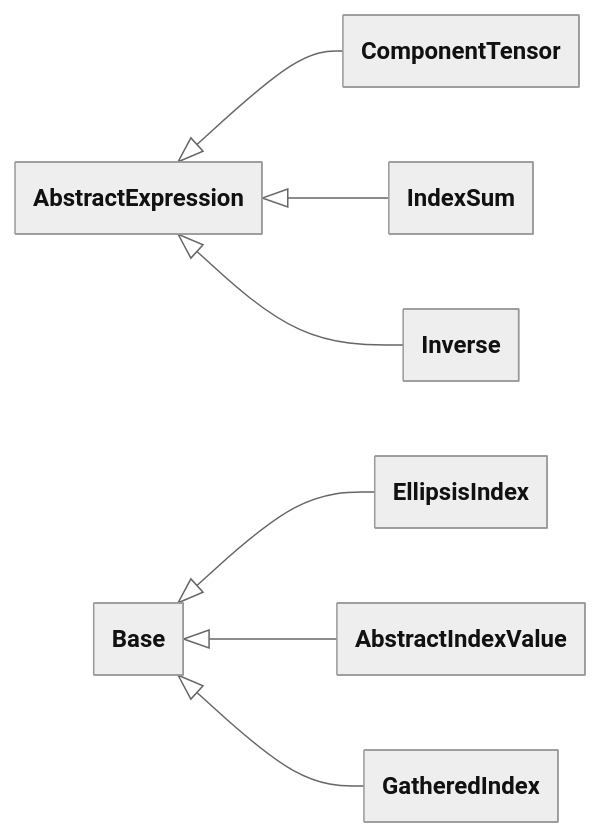
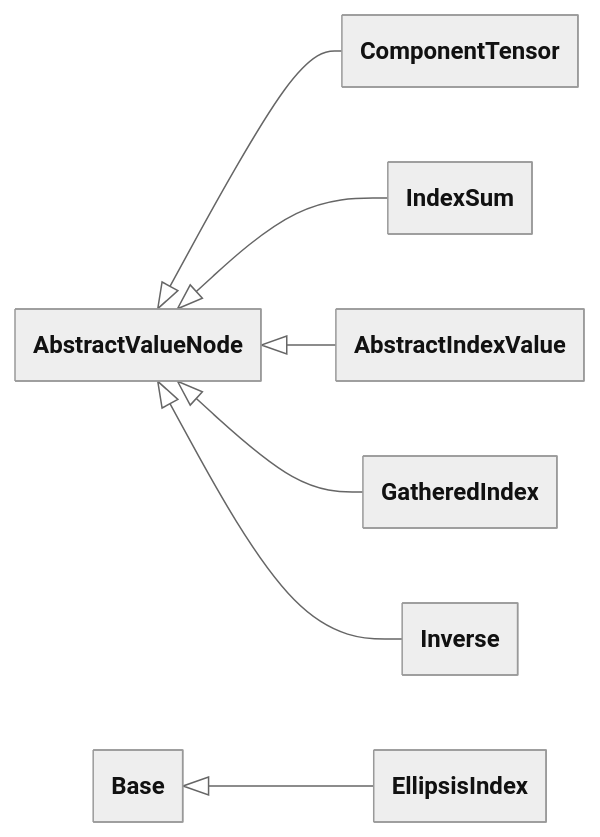
The fifth of 12 diagrams in design/language.md (FEniCS/uflx), drawn with Mermaid before and after one commit. The commit also changed other lines of this file and 9 other files, not shown here.

````diff
--- a/design/language.md
+++ b/design/language.md
@@ -4034,20 +4330,20 @@
 ```mermaid
 ---
 config:
   theme: neutral
   look: classic
   class:
     theme: neutral
     look: classic
     hideEmptyMembersBox: true
 ---
 classDiagram
     direction LR
     accTitle: Algebra class hierarchy (3 of 3)
-    AbstractExpression <|-- ComponentTensor
-    AbstractExpression <|-- IndexSum
+    AbstractValueNode <|-- ComponentTensor
+    AbstractValueNode <|-- IndexSum
     Base <|-- EllipsisIndex
-    Base <|-- AbstractIndexValue
-    Base <|-- GatheredIndex
-    AbstractExpression <|-- Inverse
+    AbstractValueNode <|-- AbstractIndexValue
+    AbstractValueNode <|-- GatheredIndex
+    AbstractValueNode <|-- Inverse
 ```
````
